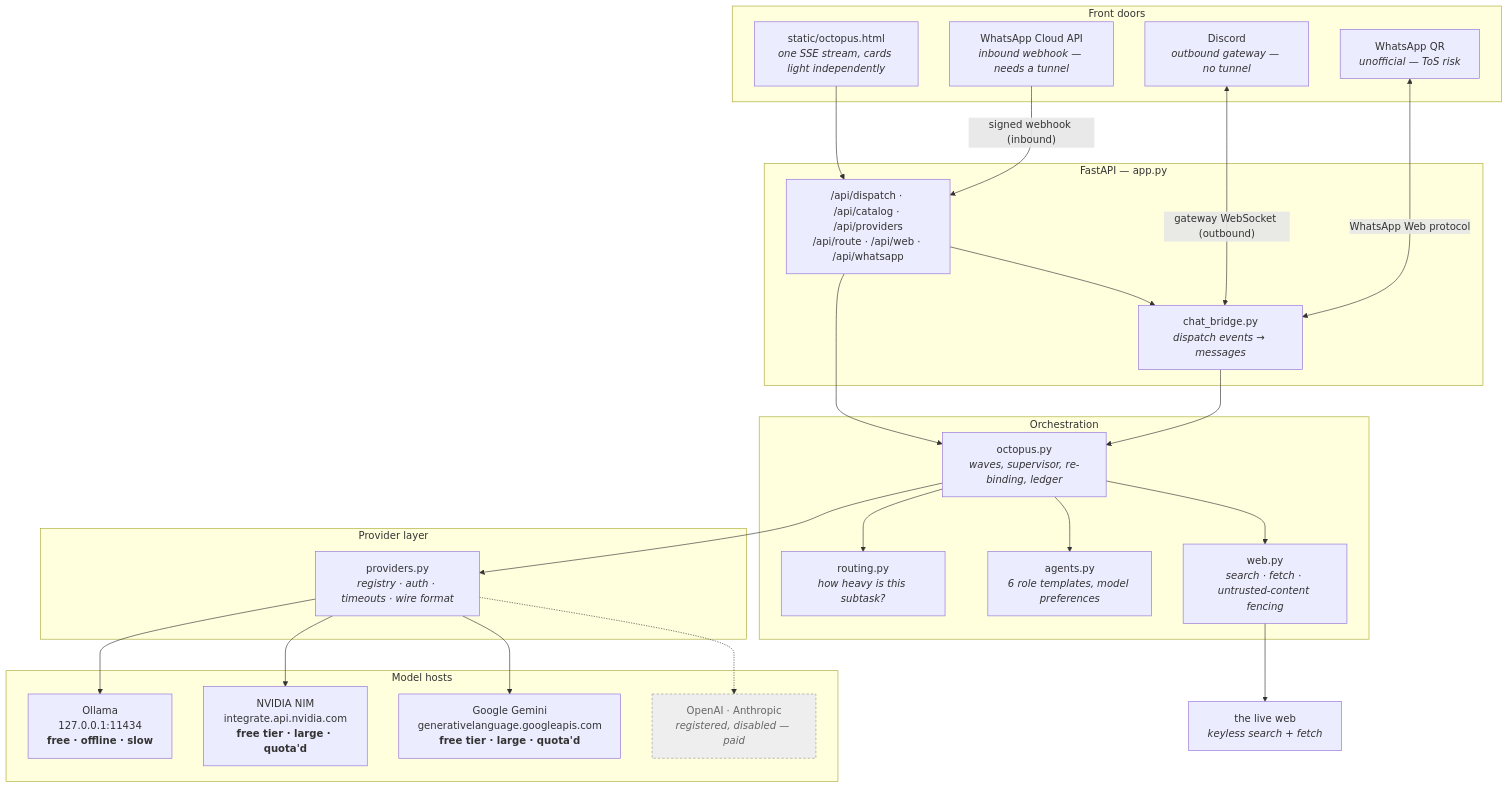
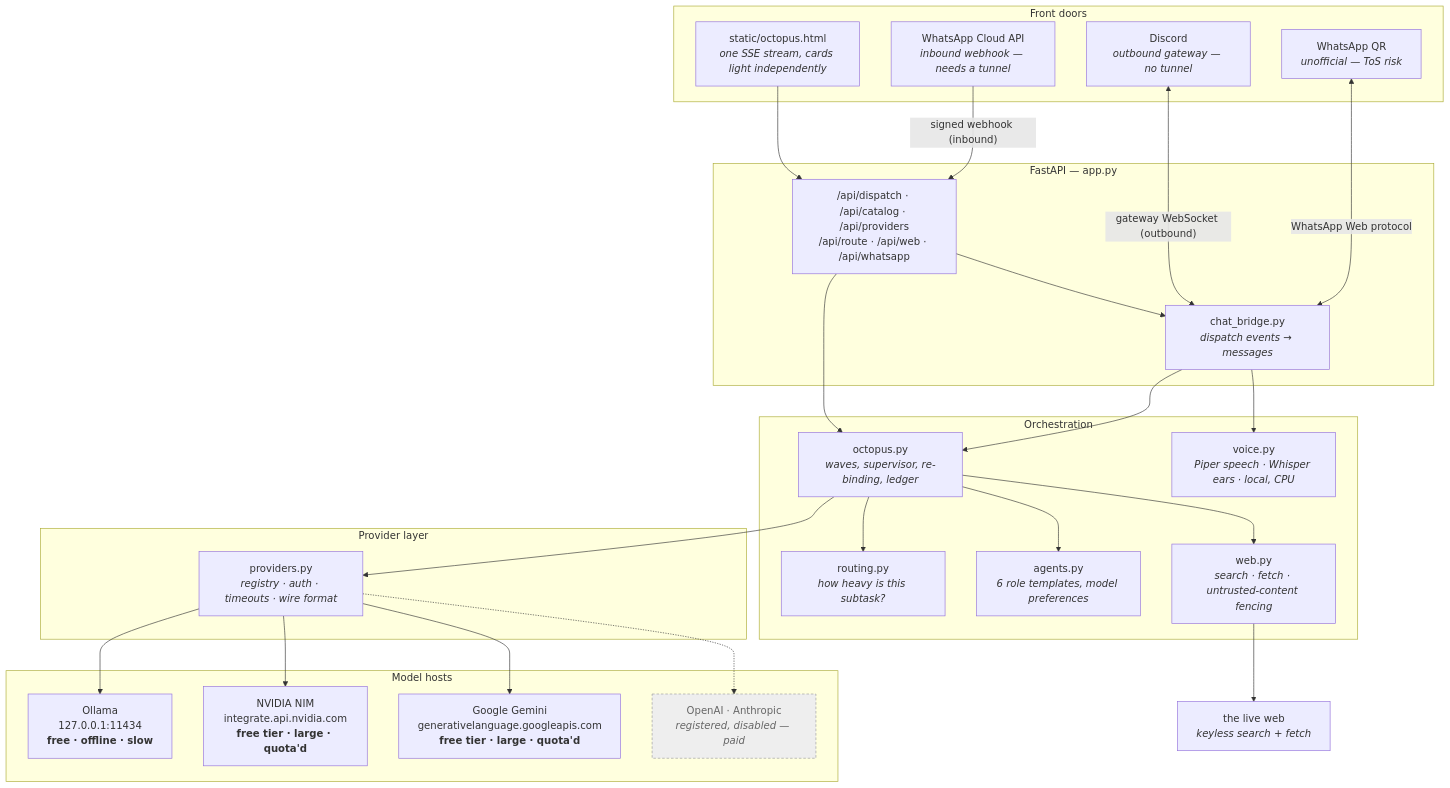
One commit to Bablu-singh/octopus-nim changed the first of 6 diagrams in docs/ARCHITECTURE.md. Above: the diagram before and after it, drawn with Mermaid. The commit also changed other lines of this file and 11 other files, not shown here.

First line of the commit message:
Give the octopus a voice, and ears

````diff
--- a/docs/ARCHITECTURE.md
+++ b/docs/ARCHITECTURE.md
@@ -23,50 +23,52 @@
 ```mermaid
 flowchart TB
     subgraph clients["Front doors"]
         UI["static/octopus.html<br/><i>one SSE stream, cards light independently</i>"]
         DC["Discord<br/><i>outbound gateway — no tunnel</i>"]
         WA["WhatsApp Cloud API<br/><i>inbound webhook — needs a tunnel</i>"]
         WQ["WhatsApp QR<br/><i>unofficial — ToS risk</i>"]
     end
 
     subgraph server["FastAPI — app.py"]
         API["/api/dispatch · /api/catalog · /api/providers<br>/api/route · /api/web · /api/whatsapp"]
         BR["chat_bridge.py<br/><i>dispatch events → messages</i>"]
     end
 
     subgraph brain["Orchestration"]
         OCT["octopus.py<br/><i>waves, supervisor, re-binding, ledger</i>"]
         ROUTE["routing.py<br/><i>how heavy is this subtask?</i>"]
         AG["agents.py<br/><i>6 role templates, model preferences</i>"]
         WEB["web.py<br/><i>search · fetch · untrusted-content fencing</i>"]
+        VOX["voice.py<br/><i>Piper speech · Whisper ears · local, CPU</i>"]
     end
 
     subgraph transport["Provider layer"]
         PROV["providers.py<br/><i>registry · auth · timeouts · wire format</i>"]
     end
 
     subgraph outside["Model hosts"]
         LOCAL["Ollama<br/>127.0.0.1:11434<br/><b>free · offline · slow</b>"]
         NIM["NVIDIA NIM<br/>integrate.api.nvidia.com<br/><b>free tier · large · quota'd</b>"]
         GEM["Google Gemini<br/>generativelanguage.googleapis.com<br/><b>free tier · large · quota'd</b>"]
         FUTURE["OpenAI · Anthropic<br/><i>registered, disabled — paid</i>"]
     end
 
     UI --> API --> OCT
     WA -->|"signed webhook (inbound)"| API --> BR
     DC <-->|"gateway WebSocket (outbound)"| BR
     WQ <-->|"WhatsApp Web protocol"| BR
     BR --> OCT
     OCT --> ROUTE
     OCT --> AG
     OCT --> WEB
+    BR --> VOX
     OCT --> PROV
     WEB --> INET["the live web<br/><i>keyless search + fetch</i>"]
     PROV --> LOCAL
     PROV --> NIM
     PROV --> GEM
     PROV -.-> FUTURE
 
     classDef off fill:#eee,stroke:#999,color:#666,stroke-dasharray:4 3
     class FUTURE off
 ```
````
